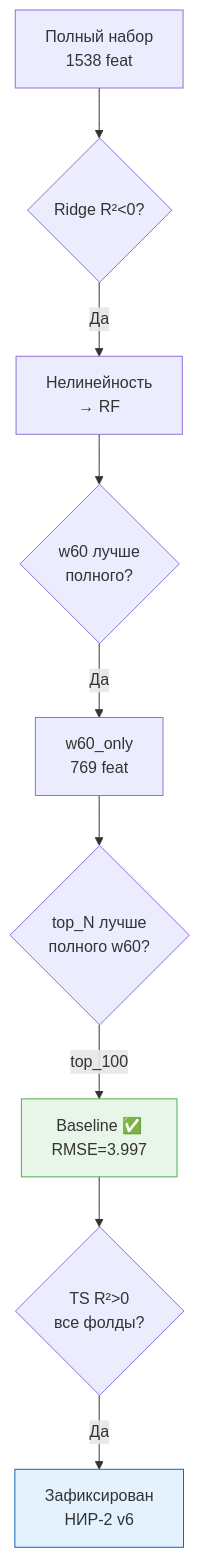
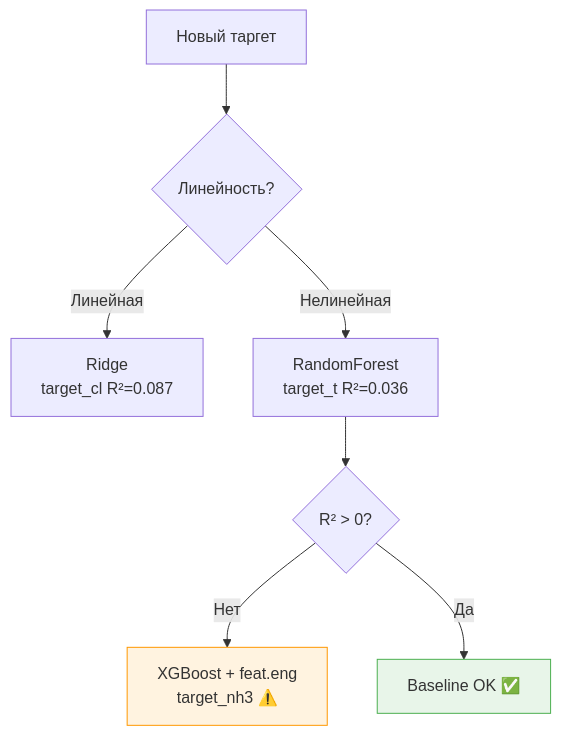
One commit to Misha-42/soda-ml-carbonation-control changed the seventh of 7 diagrams in experiments/soda-ml-nir_targetB_v6/README.md. Above: the diagram before and after it, drawn with Mermaid. The commit also changed other lines of this file, not shown here.

````diff
--- a/experiments/soda-ml-nir_targetB_v6/README.md
+++ b/experiments/soda-ml-nir_targetB_v6/README.md
@@ -277,13 +220,11 @@
 ```mermaid
 graph TD
-    A[Полный набор<br/>1538 feat] --> B{Ridge R²<0?}
-    B -->|Да| C[Нелинейность<br/>→ RF]
-    C --> D{w60 лучше<br/>полного?}
-    D -->|Да| E[w60_only<br/>769 feat]
-    E --> F{top_N лучше<br/>полного w60?}
-    F -->|top_100| G[Baseline ✅<br/>RMSE=3.997]
-    G --> H{TS R²>0<br/>все фолды?}
-    H -->|Да| I[Зафиксирован<br/>НИР-2 v6]
+    A[Новый таргет] --> B{Линейность?}
+    B -->|Линейная| C[Ridge<br/>target_cl R²=0.087]
+    B -->|Нелинейная| D[RandomForest<br/>target_t R²=0.036]
+    D --> E{R² > 0?}
+    E -->|Нет| F[XGBoost + feat.eng<br/>target_nh3 ⚠️]
+    E -->|Да| G[Baseline OK ✅]
     style G fill:#e8f5e9,stroke:#4caf50
-    style I fill:#e3f2fd,stroke:#1565c0
+    style F fill:#fff3e0,stroke:#ff9800
 ```
````
